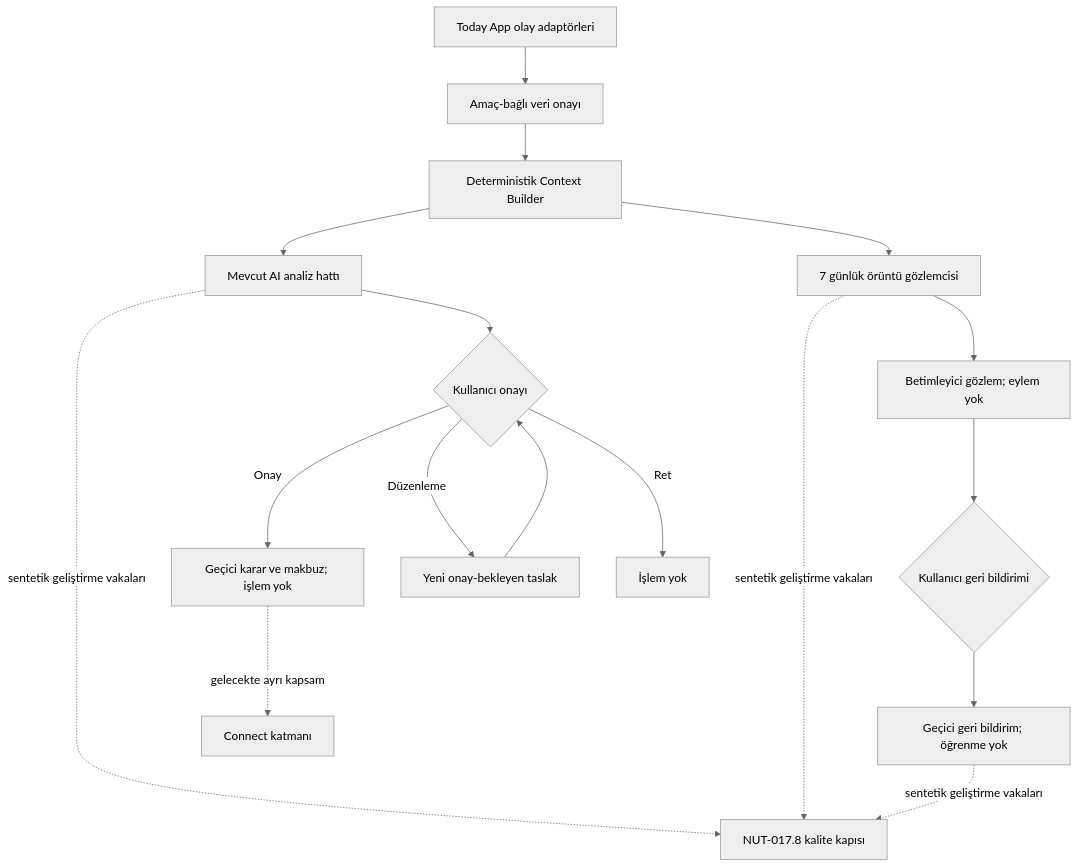
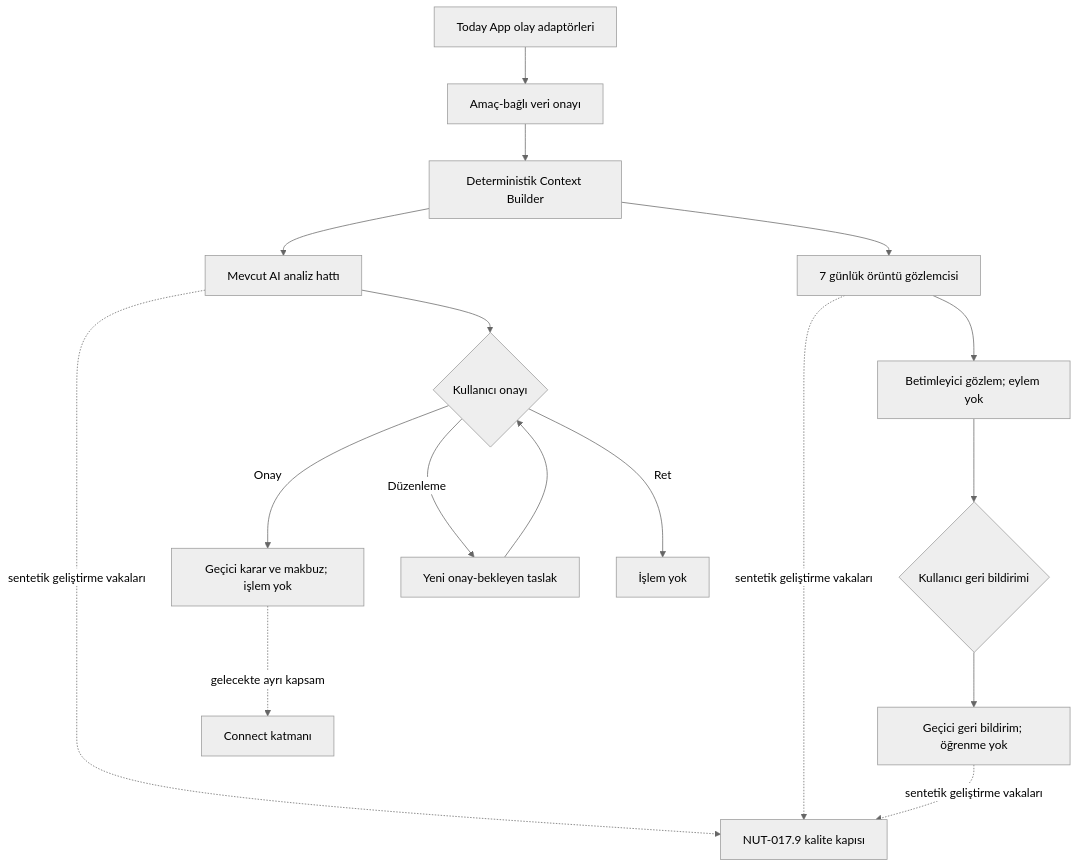
One commit to mtayfunturk-collab/Today changed the diagram in Today-AI-Engine/docs/ARCHITECTURE.md. Above: the diagram before and after it, drawn with Mermaid (neutral theme). The commit also changed other lines of this file and 7 other files, not shown here.

````diff
--- a/Today-AI-Engine/docs/ARCHITECTURE.md
+++ b/Today-AI-Engine/docs/ARCHITECTURE.md
@@ -31,19 +33,19 @@
 ```mermaid
 flowchart TD
   A["Today App olay adaptörleri"] --> B["Amaç-bağlı veri onayı"]
   B --> C["Deterministik Context Builder"]
   C --> D["Mevcut AI analiz hattı"]
   C --> J["7 günlük örüntü gözlemcisi"]
   J --> K["Betimleyici gözlem; eylem yok"]
   K --> L{"Kullanıcı geri bildirimi"}
   L --> M["Geçici geri bildirim; öğrenme yok"]
-  D -. "sentetik geliştirme vakaları" .-> N["NUT-017.8 kalite kapısı"]
+  D -. "sentetik geliştirme vakaları" .-> N["NUT-017.9 kalite kapısı"]
   J -. "sentetik geliştirme vakaları" .-> N
   M -. "sentetik geliştirme vakaları" .-> N
   D --> E{"Kullanıcı onayı"}
   E -->|"Onay"| F["Geçici karar ve makbuz; işlem yok"]
   E -->|"Düzenleme"| H["Yeni onay-bekleyen taslak"]
   H --> E
   E -->|"Ret"| G["İşlem yok"]
   F -. "gelecekte ayrı kapsam" .-> I["Connect katmanı"]
 ```
````
